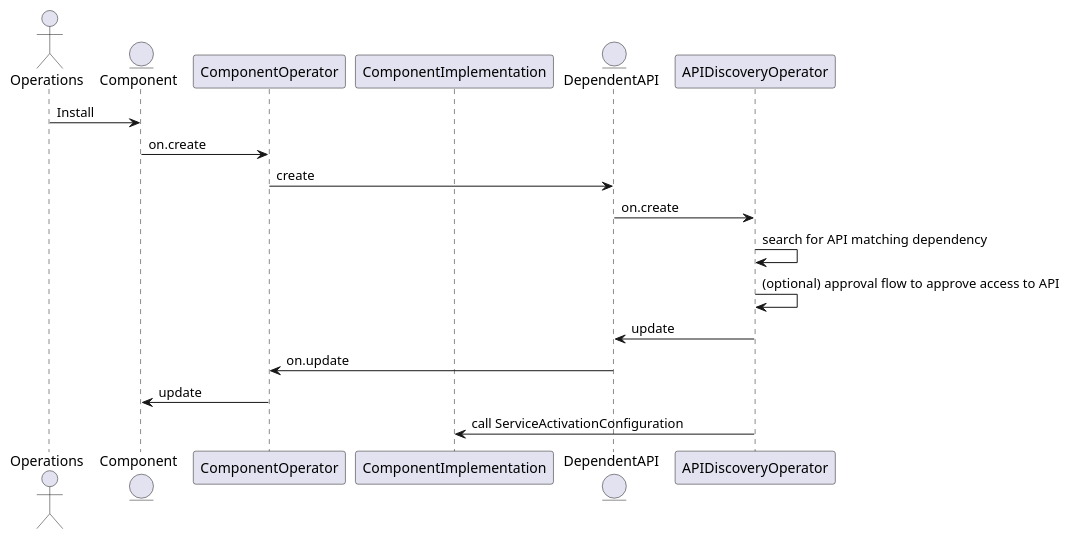
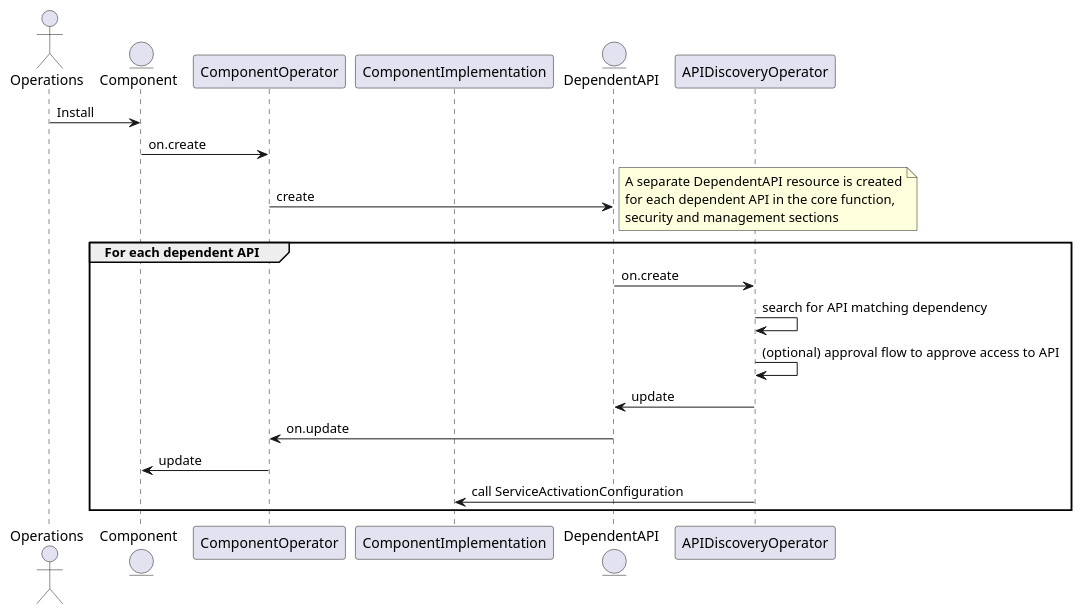
One commit to tmforum-oda/oda-canvas changed the diagram in oda-canvas-ctk/usecase-library/Discover-dependent-API-for-component/discoverDependentAPI.puml. Above: the diagram before and after it, drawn with PlantUML. The commit also changed 1 other file, not shown here.

Commit message:
Updated to show cardinality for each API

```diff
--- a/oda-canvas-ctk/usecase-library/Discover-dependent-API-for-component/discoverDependentAPI.puml
+++ b/oda-canvas-ctk/usecase-library/Discover-dependent-API-for-component/discoverDependentAPI.puml
@@ -1,25 +1,31 @@
 @startuml
 
 actor Operations
 entity Component
 participant ComponentOperator
 participant ComponentImplementation
 entity DependentAPI
 participant APIDiscoveryOperator
 
 
 
 Component <- Operations : Install
 Component -> ComponentOperator: on.create 
 ComponentOperator -> DependentAPI: create
-DependentAPI -> APIDiscoveryOperator: on.create 
-APIDiscoveryOperator -> APIDiscoveryOperator : search for API matching dependency
-APIDiscoveryOperator -> APIDiscoveryOperator : (optional) approval flow to approve access to API
-DependentAPI <- APIDiscoveryOperator: update
-ComponentOperator <- DependentAPI: on.update
-Component <- ComponentOperator: update 
-ComponentImplementation <- APIDiscoveryOperator: call ServiceActivationConfiguration
-
+note right
+    A separate DependentAPI resource is created
+    for each dependent API in the core function,
+    security and management sections
+end note
+group For each dependent API
+    DependentAPI -> APIDiscoveryOperator: on.create 
+    APIDiscoveryOperator -> APIDiscoveryOperator : search for API matching dependency
+    APIDiscoveryOperator -> APIDiscoveryOperator : (optional) approval flow to approve access to API
+    DependentAPI <- APIDiscoveryOperator: update
+    ComponentOperator <- DependentAPI: on.update
+    Component <- ComponentOperator: update 
+    ComponentImplementation <- APIDiscoveryOperator: call ServiceActivationConfiguration
+end
 
 
 @enduml
```
